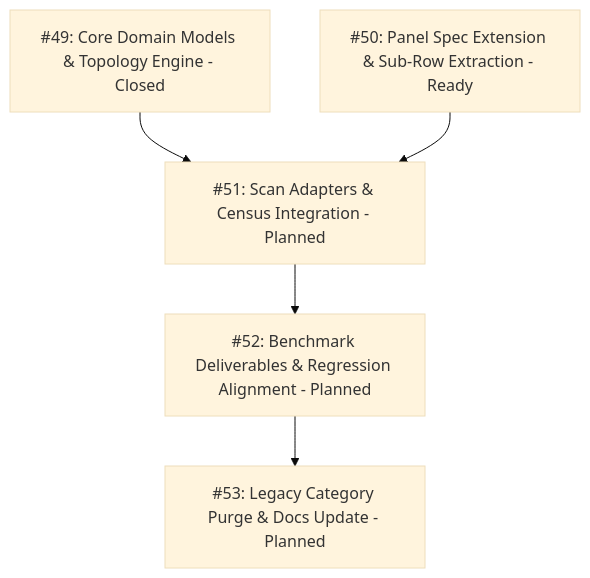
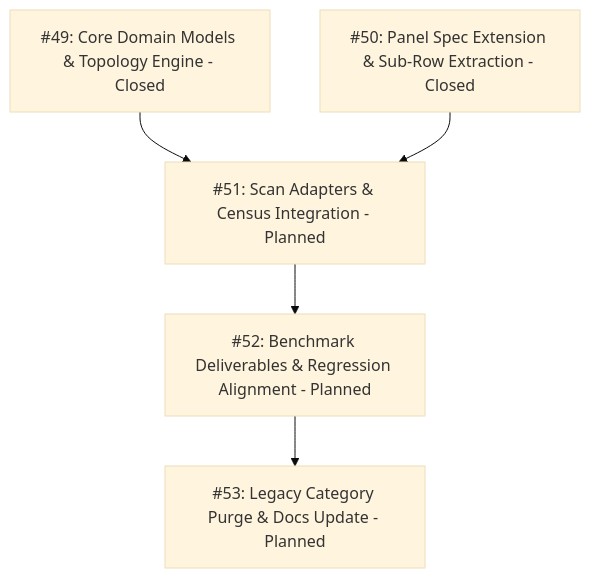
Before and after one commit to adamlarGit/pahang-cli: the diagram in .wayfinder/switchgear-topology/map.md, drawn with Mermaid (base theme). The commit also changed other lines of this file and 6 other files, not shown here.

````diff
--- a/.wayfinder/switchgear-topology/map.md
+++ b/.wayfinder/switchgear-topology/map.md
@@ -32,9 +32,9 @@
 ```mermaid
 graph TD
     T49[#49: Core Domain Models & Topology Engine - Closed]
-    T50[#50: Panel Spec Extension & Sub-Row Extraction - Ready]
+    T50[#50: Panel Spec Extension & Sub-Row Extraction - Closed]
     T49 --> T51[#51: Scan Adapters & Census Integration - Planned]
     T50 --> T51
     T51 --> T52[#52: Benchmark Deliverables & Regression Alignment - Planned]
     T52 --> T53[#53: Legacy Category Purge & Docs Update - Planned]
 ```
````
